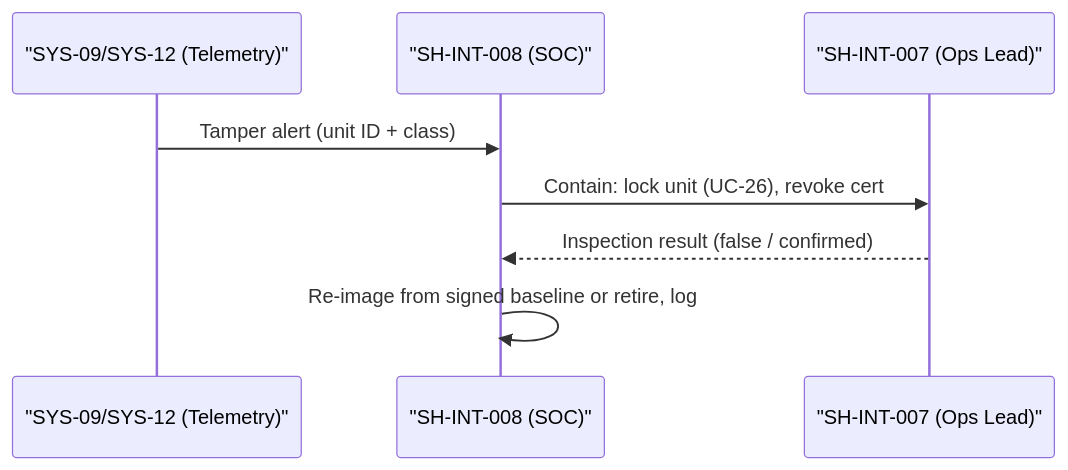
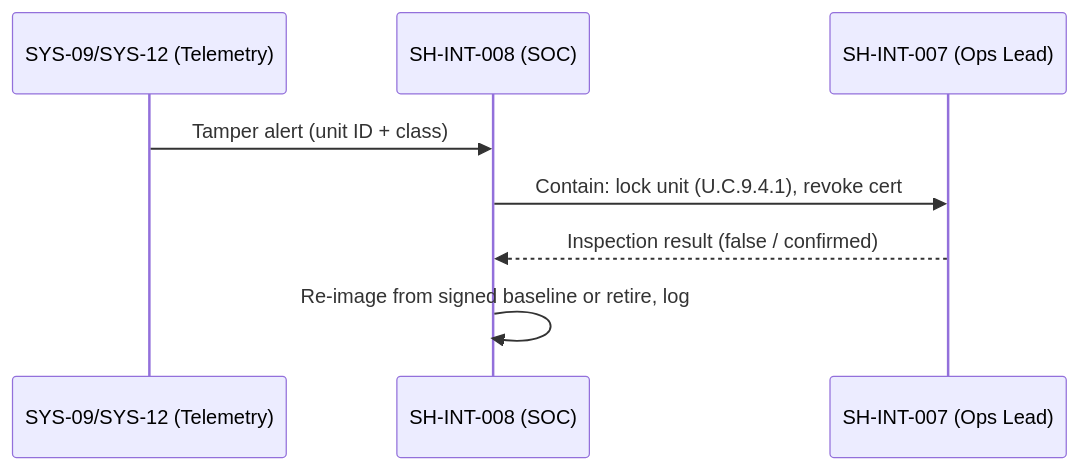
Diagram 14 of 21 in 02_CASES/Case_02_SecureBorder_Solutions/03_PHASE3_DECOMPOSITION/annexes/B_Sequence_Diagrams.md (pauloribeiro16/Methodology_compact), drawn with Mermaid before and after one commit. The commit also changed other lines of this file and 5 other files, not shown here.

Commit message:
[EXECUTOR] uc-catalogues: embed UC diagram gallery + inline sequence diagrams — Case_01/02/03

````diff
--- a/02_CASES/Case_02_SecureBorder_Solutions/03_PHASE3_DECOMPOSITION/annexes/B_Sequence_Diagrams.md
+++ b/02_CASES/Case_02_SecureBorder_Solutions/03_PHASE3_DECOMPOSITION/annexes/B_Sequence_Diagrams.md
@@ -196,10 +193,10 @@
 ```mermaid
 sequenceDiagram
-    participant MON as "SYS-09/SYS-12 (Telemetry)"
-    participant SOC as "SH-INT-008 (SOC)"
-    participant OPS as "SH-INT-007 (Ops Lead)"
+    participant MON as SYS-09/SYS-12 (Telemetry)
+    participant SOC as SH-INT-008 (SOC)
+    participant OPS as SH-INT-007 (Ops Lead)
     MON->>SOC: Tamper alert (unit ID + class)
-    SOC->>OPS: Contain: lock unit (UC-26), revoke cert
+    SOC->>OPS: Contain: lock unit (U.C.9.4.1), revoke cert
     OPS-->>SOC: Inspection result (false / confirmed)
     SOC->>SOC: Re-image from signed baseline or retire, log
 ```
````
